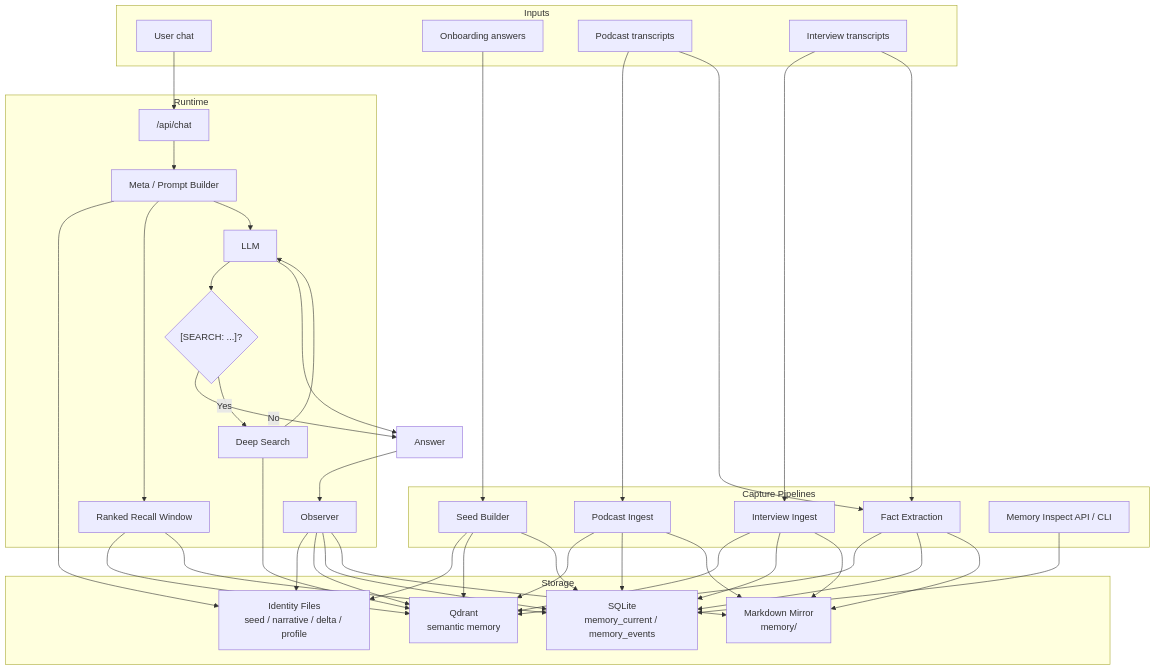
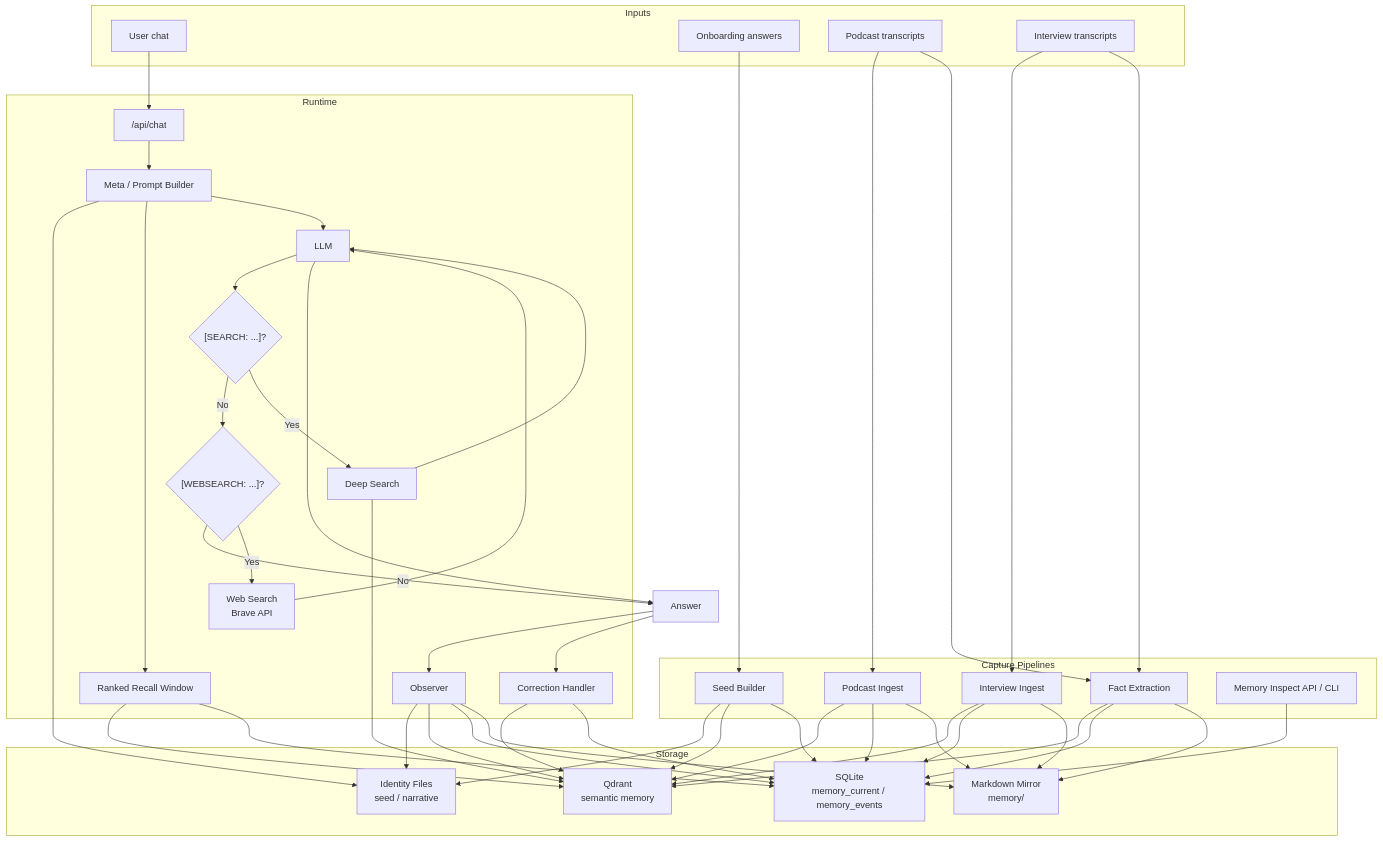
Before and after one commit to johnkf5-ops/cecil-protocol: the diagram in README.md, drawn with Mermaid. The commit also changed other lines of this file, not shown here.

```diff
--- a/README.md
+++ b/README.md
@@ -77,12 +93,15 @@
         RECALL["Ranked Recall Window"]
         LLM["LLM"]
         DS{"[SEARCH: ...]?"}
+        WS{"[WEBSEARCH: ...]?"}
         DEEP["Deep Search"]
+        WEB["Web Search\nBrave API"]
         OBS["Observer"]
+        CORR["Correction Handler"]
     end
 
     subgraph STORAGE["Storage"]
-        ID["Identity Files\nseed / narrative / delta / profile"]
+        ID["Identity Files\nseed / narrative"]
         Q["Qdrant\nsemantic memory"]
         SQL["SQLite\nmemory_current / memory_events"]
         MD["Markdown Mirror\nmemory/"]
@@ -109,12 +128,18 @@
     RECALL --> SQL
     META --> LLM
     LLM --> DS
-    DS -- No --> RESP["Answer"]
+    DS -- No --> WS
     DS -- Yes --> DEEP
     DEEP --> Q
     DEEP --> LLM
+    WS -- No --> RESP["Answer"]
+    WS -- Yes --> WEB
+    WEB --> LLM
     LLM --> RESP
     RESP --> OBS
+    RESP --> CORR
+    CORR --> Q
+    CORR --> SQL
     OBS --> ID
     OBS --> Q
     OBS --> SQL
```
